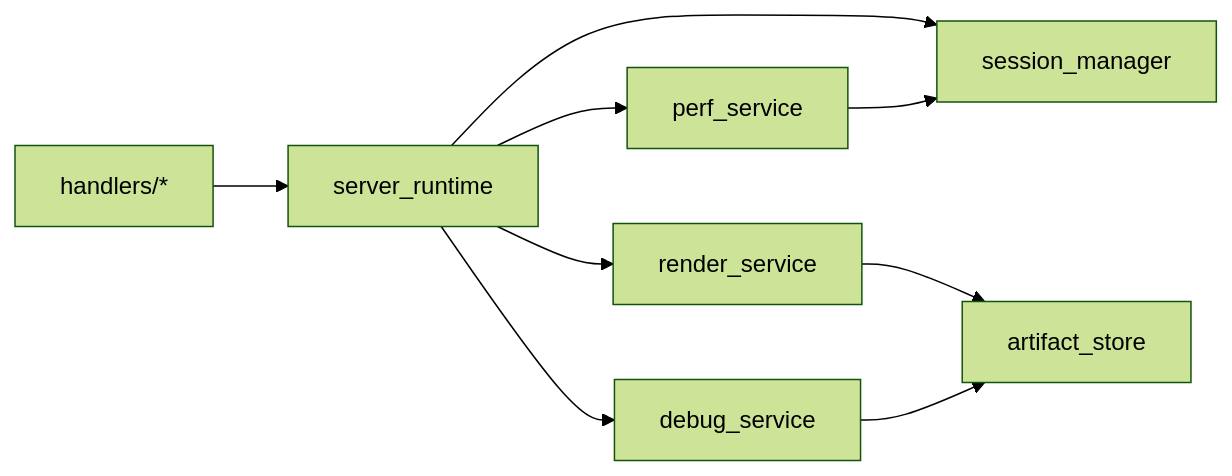
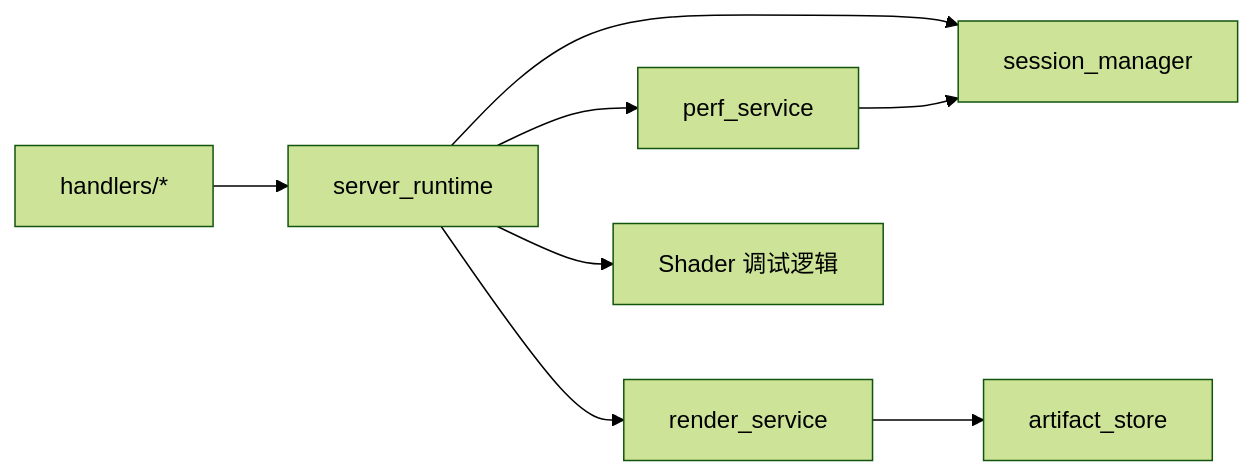
Before and after one commit to haolange/RDC-Tool: the ninth of 9 diagrams in .qoder/repowiki/zh/content/项目概述/核心功能.md, drawn with Mermaid (forest theme). The commit also changed other lines of this file and 79 other files, not shown here.

````diff
--- a/.qoder/repowiki/zh/content/项目概述/核心功能.md
+++ b/.qoder/repowiki/zh/content/项目概述/核心功能.md
@@ -308,11 +318,10 @@
 ```mermaid
 graph LR
 Handlers["handlers/*"] --> RT["server_runtime"]
 RT --> SM["session_manager"]
 RT --> RS["render_service"]
 RT --> PS["perf_service"]
-RT --> DS["debug_service"]
+RT --> DebugLogic["Shader 调试逻辑"]
 RS --> ART["artifact_store"]
-DS --> ART
 PS --> SM
 ```
````
